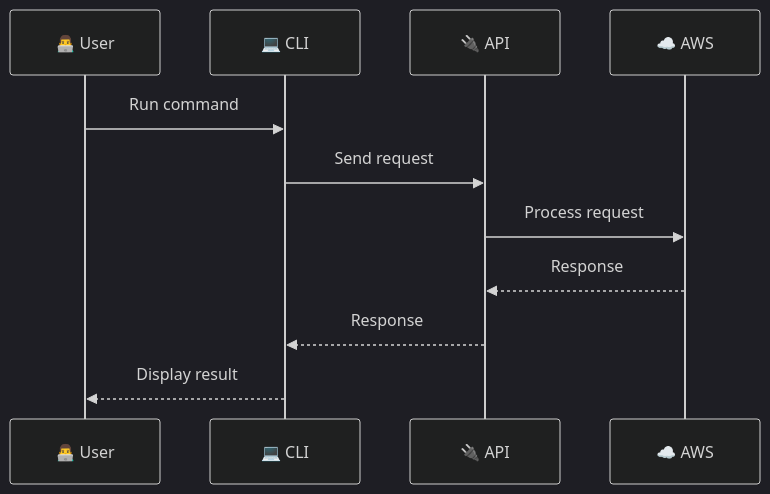
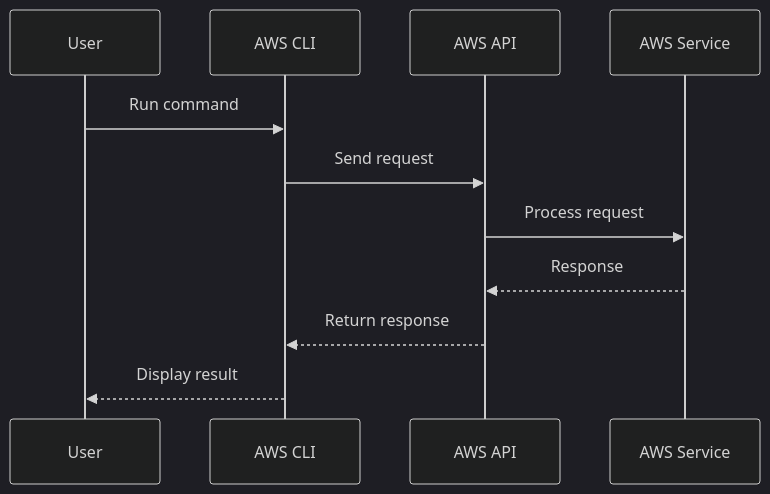
Before and after one commit to Yuvii2102/My-Devops-Cloud-Journey: the ninth of 31 diagrams in DevOps-Labs-and-Projects/ Day-01 to Day-06/README.md, drawn with Mermaid (dark theme). The commit also changed other lines of this file, not shown here.

````diff
--- a/DevOps-Labs-and-Projects/ Day-01 to Day-06/README.md
+++ b/DevOps-Labs-and-Projects/ Day-01 to Day-06/README.md
@@ -334,14 +256,14 @@
 ```mermaid
 sequenceDiagram
-    participant U as 👨‍💻 User
-    participant CLI as 💻 CLI
-    participant API as 🔌 API
-    participant AWS as ☁️ AWS
+    participant U as User
+    participant CLI as AWS CLI
+    participant API as AWS API
+    participant AWS as AWS Service
 
     U->>CLI: Run command
     CLI->>API: Send request
     API->>AWS: Process request
     AWS-->>API: Response
-    API-->>CLI: Response
+    API-->>CLI: Return response
     CLI-->>U: Display result
 ```
````
